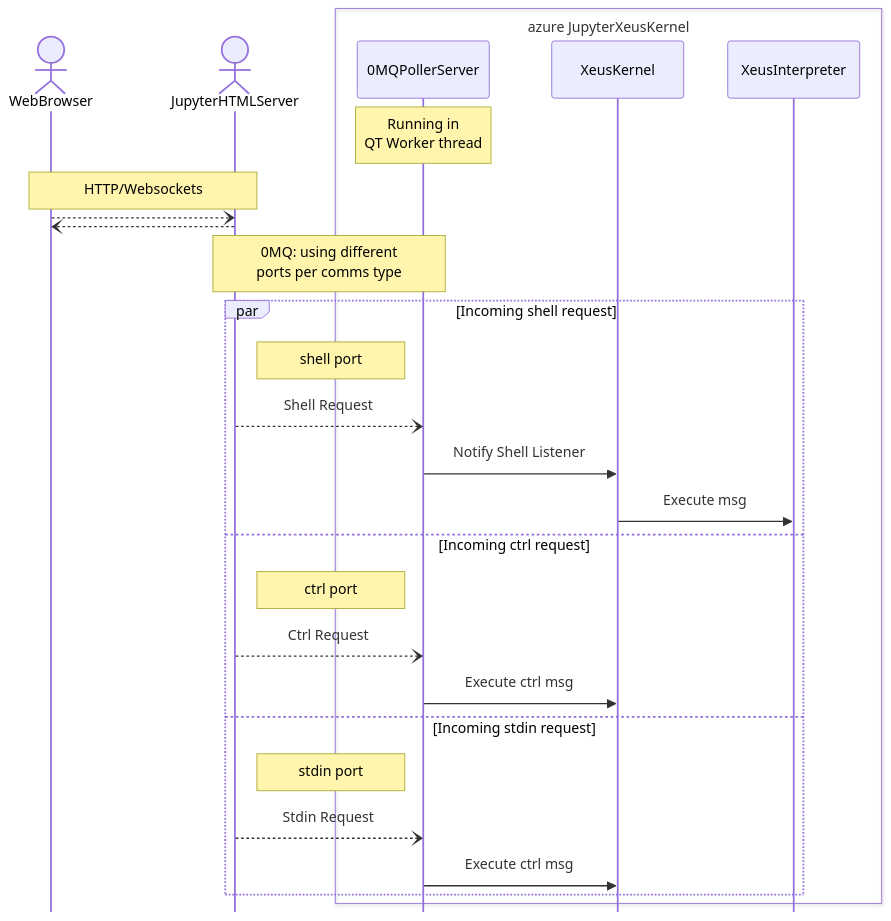
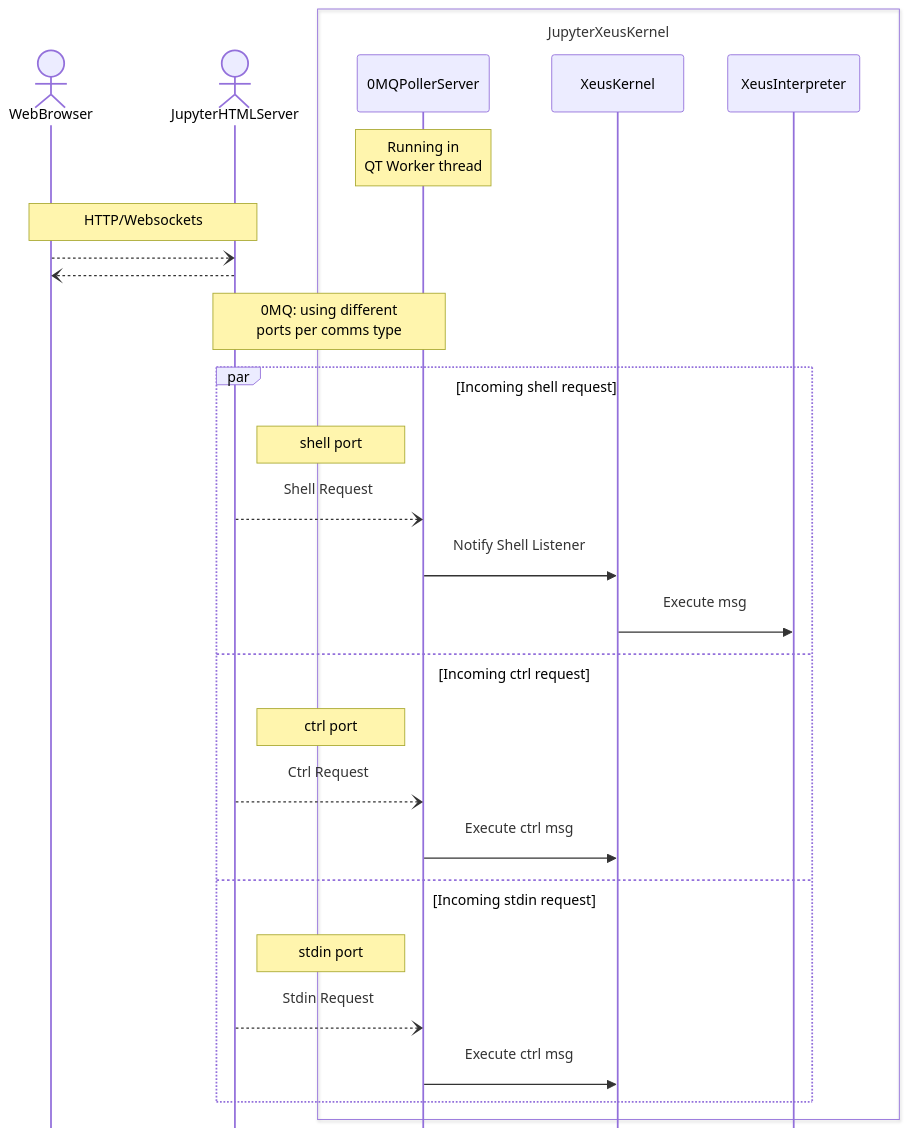
The third of 3 diagrams in README.md (ManiVaultStudio/JupyterPlugin), drawn with Mermaid before and after one commit. The commit also changed other lines of this file and 12 other files, not shown here.

````diff
--- a/README.md
+++ b/README.md
@@ -112,40 +112,40 @@
 ```mermaid
-%%{init: {'sequence': {'mirrorActors': false}}}%%
+%%{init: {'sequence': {'mirrorActors': false, 'boxMargin': 20 }}}%%
 sequenceDiagram
     %% autonumber
     actor BR as WebBrowser
     actor JHS as JupyterHTMLServer
 
-    box transparent azure JupyterXeusKernel
+    box transparent JupyterXeusKernel
     participant 0PS as 0MQPollerServer
 
     participant XK as XeusKernel
     participant XI as XeusInterpreter
     end
 
+
     Note over 0PS: Running in <br> QT Worker thread
 
     Note over BR,JHS: HTTP/Websockets
     BR--)JHS: 
     JHS--)BR:  
-
 
 
     Note over JHS,0PS: 0MQ: using different <br> ports per comms type
 
     par Incoming shell request
         note right of JHS: shell port 
         JHS--)0PS: Shell Request
         0PS->>XK: Notify Shell Listener
         XK->>XI: Execute msg
     and Incoming ctrl request
         note right of JHS: ctrl port 
         JHS--)0PS: Ctrl Request
         0PS->>XK: Execute ctrl msg
     and Incoming stdin request
         note right of JHS: stdin port 
         JHS--)0PS: Stdin Request
         0PS->>XK: Execute ctrl msg
     end
 
 ```
````
